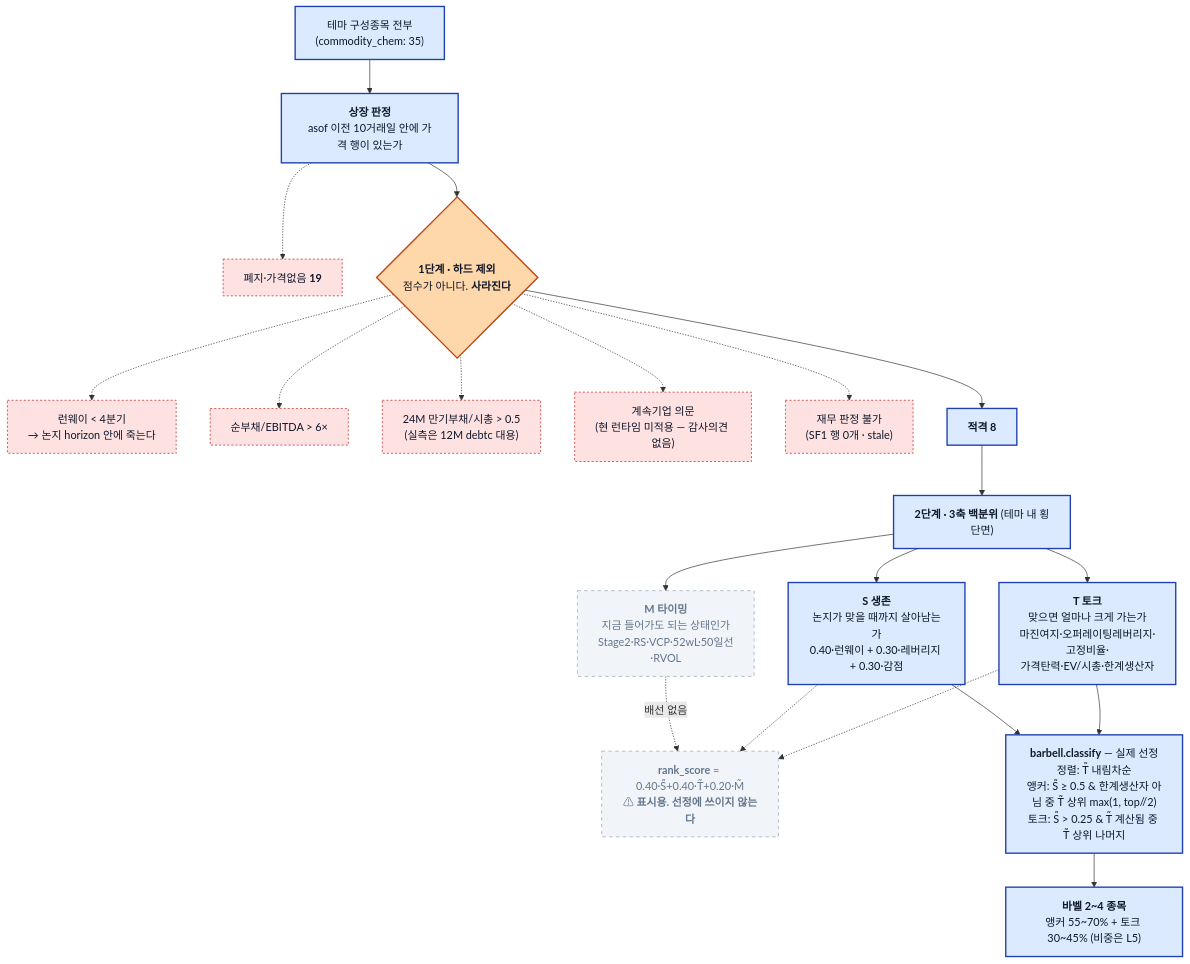
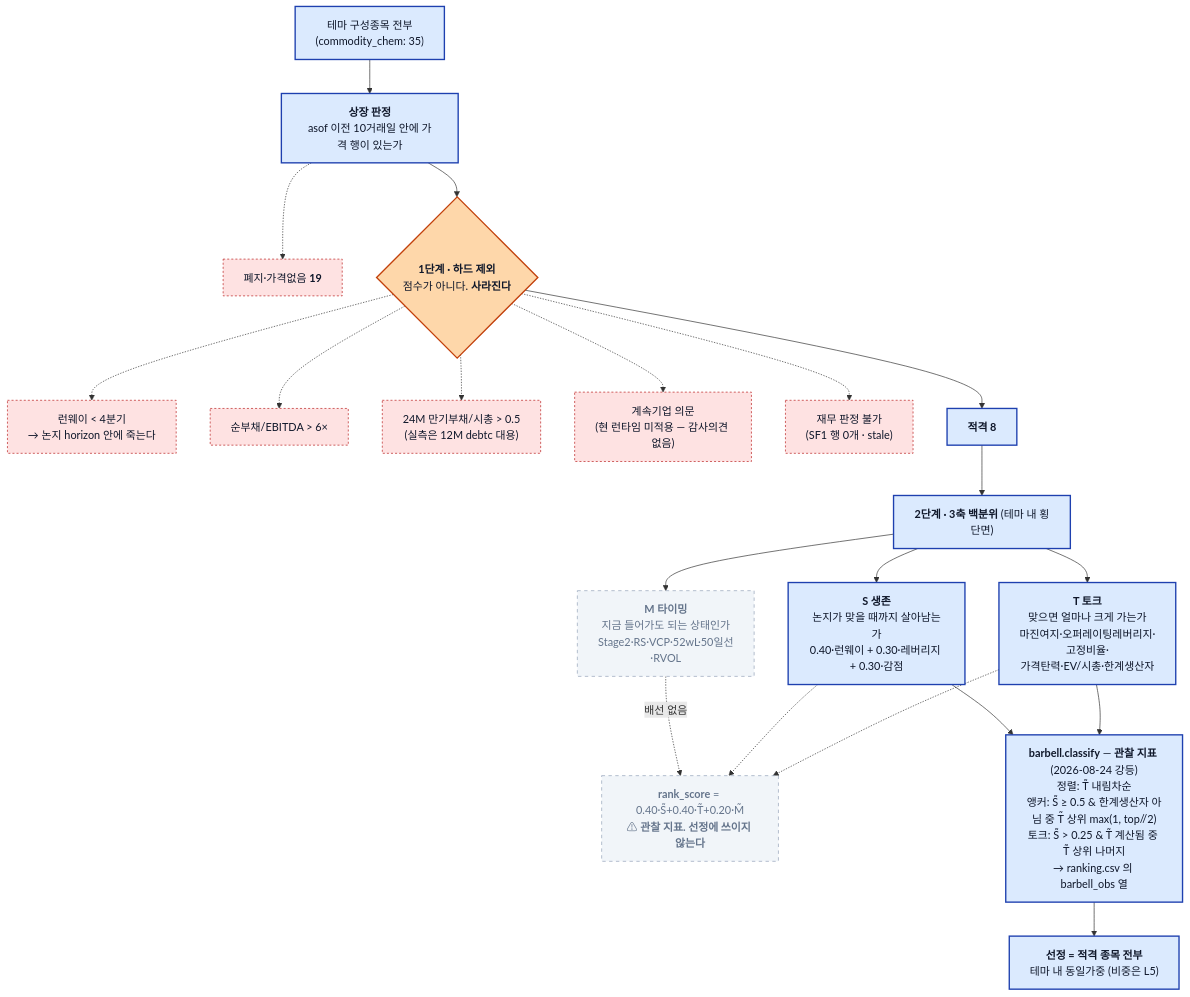
One commit to younghwan91/macro-sector-agent changed the fourth of 4 diagrams in README.md. Above: the diagram before and after it, drawn with Mermaid. The commit also changed other lines of this file and 13 other files, not shown here.

````diff
--- a/README.md
+++ b/README.md
@@ -334,46 +334,46 @@
 ```mermaid
 flowchart TD
     IN["테마 구성종목 전부<br/>(commodity_chem: 35)"]
     L["<b>상장 판정</b><br/>asof 이전 10거래일 안에 가격 행이 있는가"]
     LX["폐지·가격없음 <b>19</b>"]
     HF{"<b>1단계 · 하드 제외</b><br/>점수가 아니다. <b>사라진다</b>"}
     H1["런웨이 &lt; 4분기<br/>→ 논지 horizon 안에 죽는다"]
     H2["순부채/EBITDA &gt; 6×"]
     H3["24M 만기부채/시총 &gt; 0.5<br/>(실측은 12M debtc 대용)"]
     H4["계속기업 의문<br/>(현 런타임 미적용 — 감사의견 없음)"]
     H5["재무 판정 불가<br/>(SF1 행 0개 · stale)"]
     OK["<b>적격 8</b>"]
     AX["<b>2단계 · 3축 백분위</b> (테마 내 횡단면)"]
     S["<b>S 생존</b><br/>논지가 맞을 때까지 살아남는가<br/>0.40·런웨이 + 0.30·레버리지 + 0.30·감점"]
     T["<b>T 토크</b><br/>맞으면 얼마나 크게 가는가<br/>마진여지·오퍼레이팅레버리지·고정비율·<br/>가격탄력·EV/시총·한계생산자"]
     M["<b>M 타이밍</b><br/>지금 들어가도 되는 상태인가<br/>Stage2·RS·VCP·52wL·50일선·RVOL"]
-    RS["<b>rank_score</b> = 0.40·S̃+0.40·T̃+0.20·M̃<br/>⚠ <b>표시용. 선정에 쓰이지 않는다</b>"]
-    BB["<b>barbell.classify</b> — 실제 선정<br/>정렬: T̃ 내림차순<br/>앵커: S̃ ≥ 0.5 &amp; 한계생산자 아님 중 T̃ 상위 max(1, top//2)<br/>토크: S̃ &gt; 0.25 &amp; T̃ 계산됨 중 T̃ 상위 나머지"]
-    OUT["<b>바벨 2~4 종목</b><br/>앵커 55~70% + 토크 30~45% (비중은 L5)"]
+    RS["<b>rank_score</b> = 0.40·S̃+0.40·T̃+0.20·M̃<br/>⚠ <b>관찰 지표. 선정에 쓰이지 않는다</b>"]
+    BB["<b>barbell.classify</b> — <b>관찰 지표</b> (2026-08-24 강등)<br/>정렬: T̃ 내림차순<br/>앵커: S̃ ≥ 0.5 &amp; 한계생산자 아님 중 T̃ 상위 max(1, top//2)<br/>토크: S̃ &gt; 0.25 &amp; T̃ 계산됨 중 T̃ 상위 나머지<br/>→ ranking.csv 의 barbell_obs 열"]
+    OUT["<b>선정 = 적격 종목 전부</b><br/>테마 내 동일가중 (비중은 L5)"]
 
     IN --> L --> HF --> OK --> AX
     L -.-> LX
     HF -.-> H1
     HF -.-> H2
     HF -.-> H3
     HF -.-> H4
     HF -.-> H5
     AX --> S
     AX --> T
     AX --> M
     S --> BB
     T --> BB
     M -.->|"배선 없음"| RS
     S -.-> RS
     T -.-> RS
     BB --> OUT
 
     classDef keep fill:#dbeafe,stroke:#1e40af,stroke-width:2px,color:#0f172a
     classDef drop fill:#fee2e2,stroke:#b91c1c,stroke-dasharray:3 3,color:#0f172a
     classDef dead fill:#f1f5f9,stroke:#94a3b8,stroke-dasharray:5 5,color:#64748b
     classDef gate fill:#fed7aa,stroke:#c2410c,stroke-width:2px,color:#0f172a
     class IN,L,OK,AX,S,T,BB,OUT keep
     class LX,H1,H2,H3,H4,H5 drop
     class RS,M dead
     class HF gate
 ```
````
